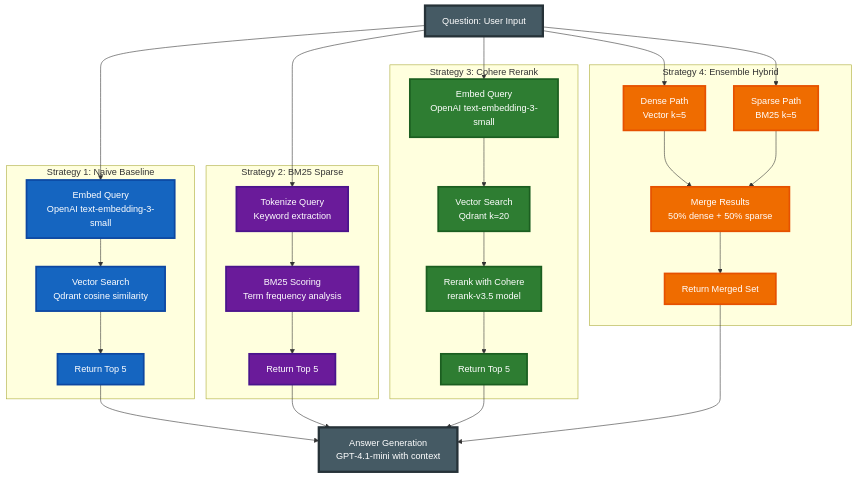
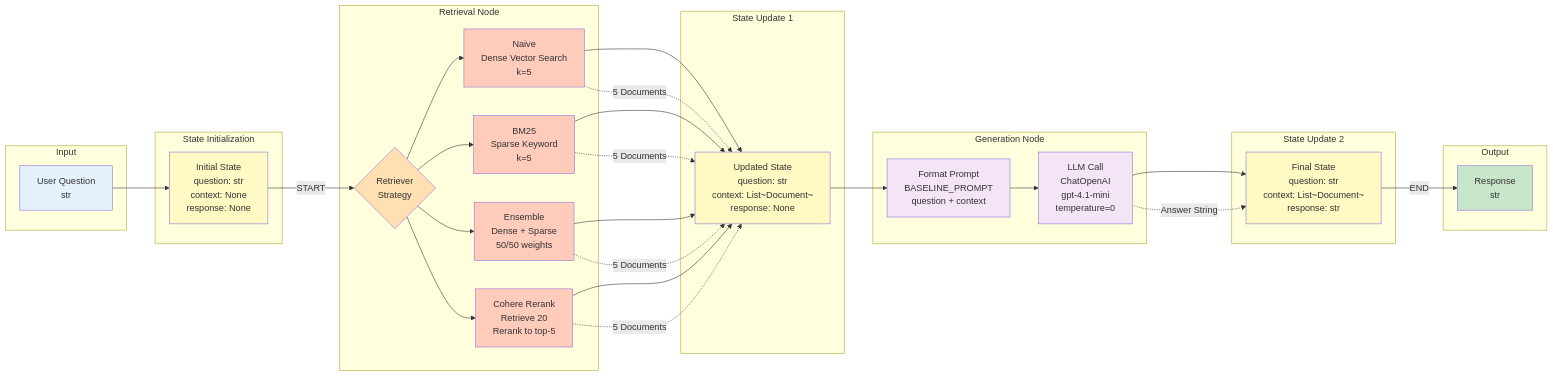
The fifth of 5 diagrams in architecture/diagrams/02_architecture_diagrams.md (aie8-cert-challenge/gdelt-knowledge-base), drawn with Mermaid before and after one commit. The commit also changed other lines of this file and 31 other files, not shown here.

````diff
--- a/architecture/diagrams/02_architecture_diagrams.md
+++ b/architecture/diagrams/02_architecture_diagrams.md
@@ -621,68 +567,71 @@
 ```mermaid
-graph TB
-    QUESTION[Question: User Input]
-
-    subgraph "Strategy 1: Naive Baseline"
-        N1[Embed Query<br/>OpenAI text-embedding-3-small]
-        N2[Vector Search<br/>Qdrant cosine similarity]
-        N3[Return Top 5]
+graph LR
+    subgraph "Input"
+        Q[User Question<br/>str]
     end
 
-    subgraph "Strategy 2: BM25 Sparse"
-        B1[Tokenize Query<br/>Keyword extraction]
-        B2[BM25 Scoring<br/>Term frequency analysis]
-        B3[Return Top 5]
+    subgraph "State Initialization"
+        S0[Initial State<br/>question: str<br/>context: None<br/>response: None]
     end
 
-    subgraph "Strategy 3: Cohere Rerank"
-        C1[Embed Query<br/>OpenAI text-embedding-3-small]
-        C2[Vector Search<br/>Qdrant k=20]
-        C3[Rerank with Cohere<br/>rerank-v3.5 model]
-        C4[Return Top 5]
+    subgraph "Retrieval Node"
+        R1{Retriever<br/>Strategy}
+        R1A[Naive<br/>Dense Vector Search<br/>k=5]
+        R1B[BM25<br/>Sparse Keyword<br/>k=5]
+        R1C[Ensemble<br/>Dense + Sparse<br/>50/50 weights]
+        R1D[Cohere Rerank<br/>Retrieve 20<br/>Rerank to top-5]
     end
 
-    subgraph "Strategy 4: Ensemble Hybrid"
-        E1A[Dense Path<br/>Vector k=5]
-        E1B[Sparse Path<br/>BM25 k=5]
-        E2[Merge Results<br/>50% dense + 50% sparse]
-        E3[Return Merged Set]
+    subgraph "State Update 1"
+        S1[Updated State<br/>question: str<br/>context: List~Document~<br/>response: None]
     end
 
-    ANSWER[Answer Generation<br/>GPT-4.1-mini with context]
+    subgraph "Generation Node"
+        G1[Format Prompt<br/>BASELINE_PROMPT<br/>question + context]
+        G2[LLM Call<br/>ChatOpenAI<br/>gpt-4.1-mini<br/>temperature=0]
+    end
 
-    QUESTION --> N1
-    N1 --> N2
-    N2 --> N3
-    N3 --> ANSWER
+    subgraph "State Update 2"
+        S2[Final State<br/>question: str<br/>context: List~Document~<br/>response: str]
+    end
 
-    QUESTION --> B1
-    B1 --> B2
-    B2 --> B3
-    B3 --> ANSWER
+    subgraph "Output"
+        OUT[Response<br/>str]
+    end
 
-    QUESTION --> C1
-    C1 --> C2
-    C2 --> C3
-    C3 --> C4
-    C4 --> ANSWER
+    %% Flow
+    Q --> S0
+    S0 -->|START| R1
+    R1 --> R1A
+    R1 --> R1B
+    R1 --> R1C
+    R1 --> R1D
+    R1A --> S1
+    R1B --> S1
+    R1C --> S1
+    R1D --> S1
+    S1 --> G1
+    G1 --> G2
+    G2 --> S2
+    S2 -->|END| OUT
 
-    QUESTION --> E1A
-    QUESTION --> E1B
-    E1A --> E2
-    E1B --> E2
-    E2 --> E3
-    E3 --> ANSWER
+    %% Data annotations
+    R1A -.->|5 Documents| S1
+    R1B -.->|5 Documents| S1
+    R1C -.->|5 Documents| S1
+    R1D -.->|5 Documents| S1
+    G2 -.->|Answer String| S2
 
-    %% High contrast WCAG AA compliant colors
-    classDef naive fill:#1565C0,stroke:#0D47A1,stroke-width:3px,color:#FFFFFF
-    classDef bm25 fill:#6A1B9A,stroke:#4A148C,stroke-width:3px,color:#FFFFFF
-    classDef rerank fill:#2E7D32,stroke:#1B5E20,stroke-width:3px,color:#FFFFFF
-    classDef ensemble fill:#EF6C00,stroke:#E65100,stroke-width:3px,color:#FFFFFF
-    classDef common fill:#455A64,stroke:#263238,stroke-width:4px,color:#FFFFFF
-
-    class N1,N2,N3 naive
-    class B1,B2,B3 bm25
-    class C1,C2,C3,C4 rerank
-    class E1A,E1B,E2,E3 ensemble
-    class QUESTION,ANSWER common
+    style Q fill:#e3f2fd
+    style S0 fill:#fff9c4
+    style S1 fill:#fff9c4
+    style S2 fill:#fff9c4
+    style OUT fill:#c8e6c9
+    style R1 fill:#ffe0b2
+    style R1A fill:#ffccbc
+    style R1B fill:#ffccbc
+    style R1C fill:#ffccbc
+    style R1D fill:#ffccbc
+    style G1 fill:#f3e5f5
+    style G2 fill:#f3e5f5
 ```
````
